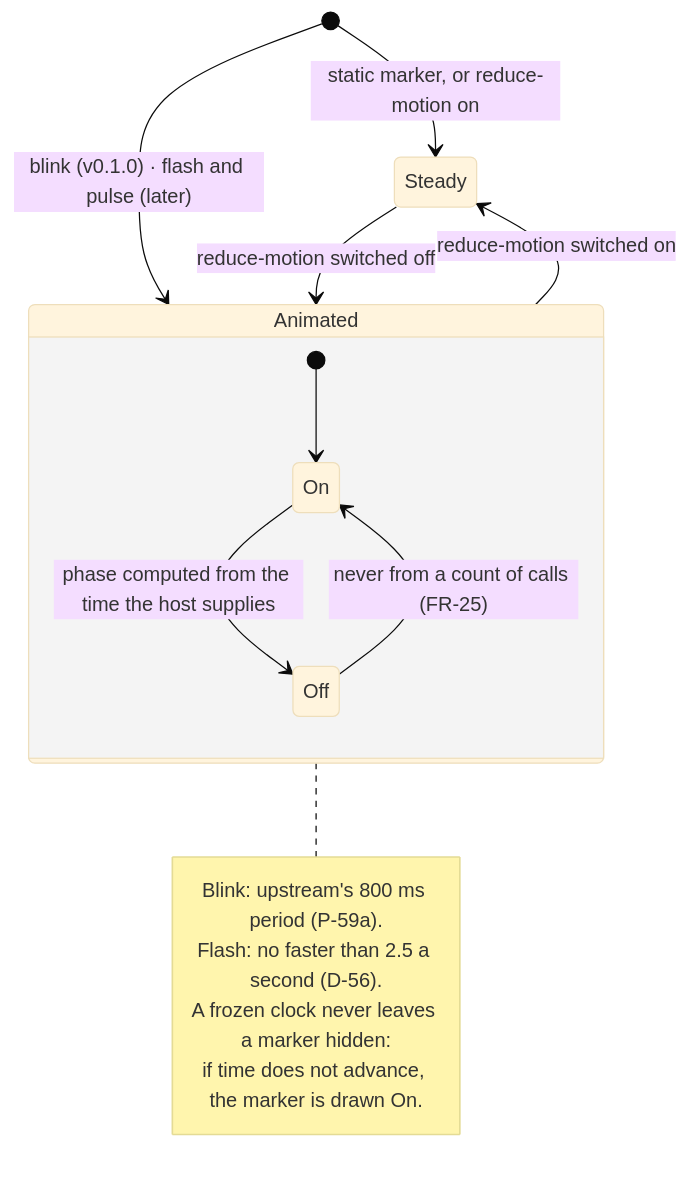
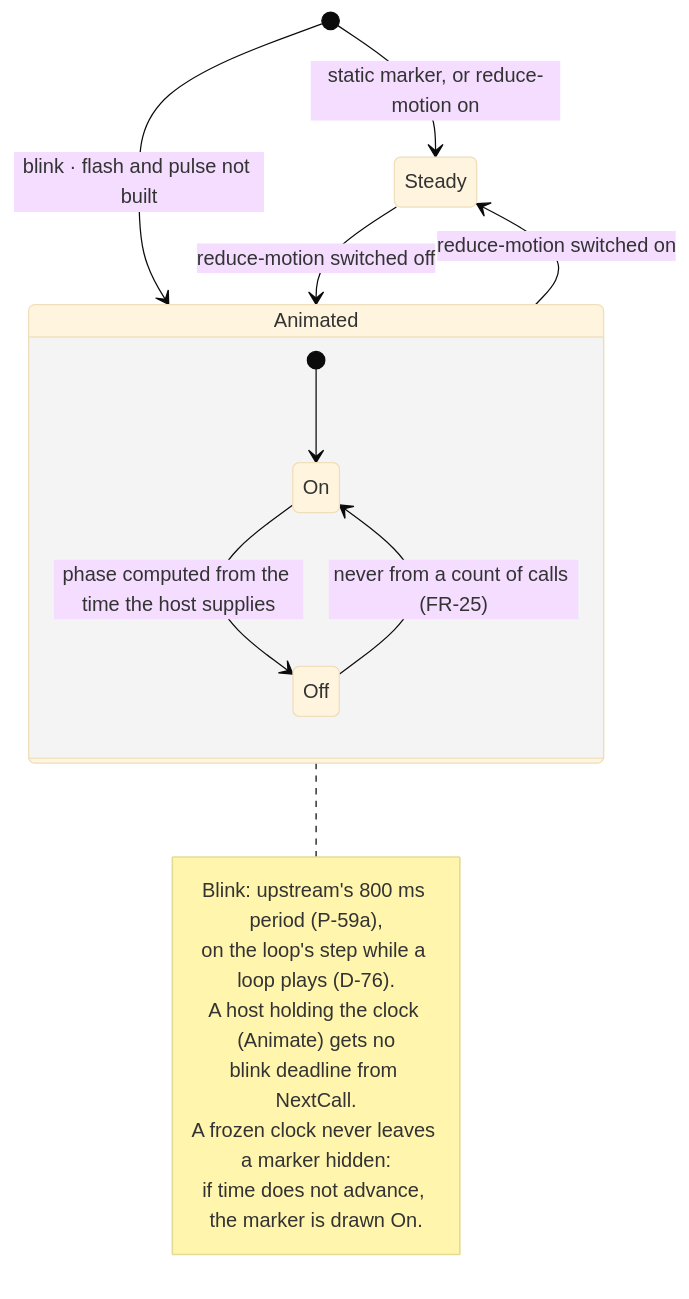
Before and after one commit to branden-thompson/go-tuimaps: the third of 4 diagrams in 06_docs/02_features/go-tuimaps/03-architecture-design/L3-states.md, drawn with Mermaid (base theme). The commit also changed other lines of this file and 544 other files, not shown here.

````diff
--- a/06_docs/02_features/go-tuimaps/03-architecture-design/L3-states.md
+++ b/06_docs/02_features/go-tuimaps/03-architecture-design/L3-states.md
@@ -77,18 +83,20 @@
 ```mermaid
 stateDiagram-v2
     [*] --> Steady: static marker, or reduce-motion on
-    [*] --> Animated: blink (v0.1.0) · flash and pulse (later)
+    [*] --> Animated: blink · flash and pulse not built
     Animated --> Steady: reduce-motion switched on
     Steady --> Animated: reduce-motion switched off
     state Animated {
         [*] --> On
         On --> Off: phase computed from the time the host supplies
         Off --> On: never from a count of calls (FR-25)
     }
     note right of Animated
-      Blink: upstream's 800 ms period (P-59a).
-      Flash: no faster than 2.5 a second (D-56).
+      Blink: upstream's 800 ms period (P-59a),
+      on the loop's step while a loop plays (D-76).
+      A host holding the clock (Animate) gets no
+      blink deadline from NextCall.
       A frozen clock never leaves a marker hidden:
       if time does not advance, the marker is drawn On.
     end note
 ```
````
